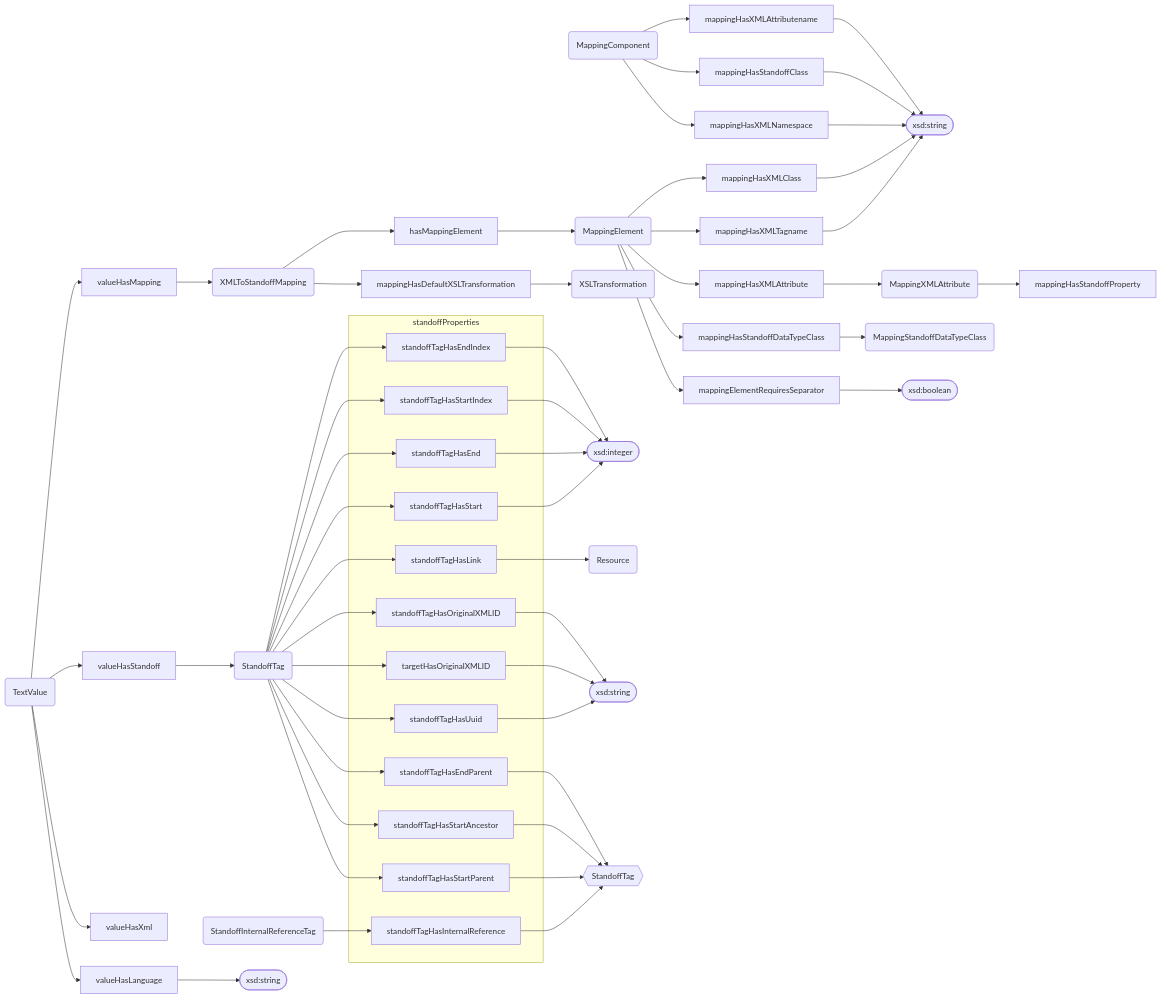
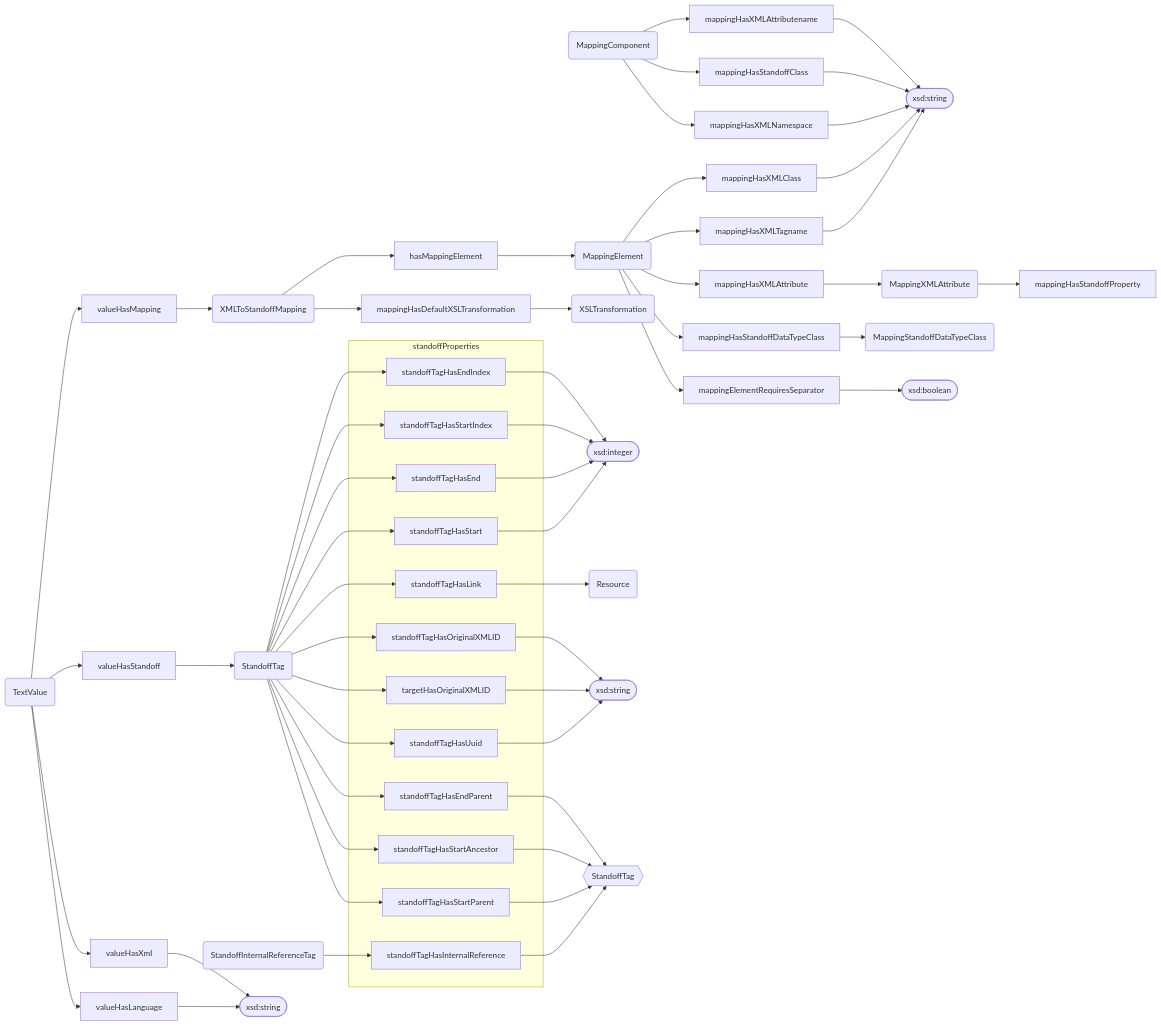
One commit to dasch-swiss/dsp-api changed the seventh of 9 diagrams in docs/05-internals/design/domain/class-and-property-hierarchies.md. Above: the diagram before and after it, drawn with Mermaid. The commit also changed 2 other files, not shown here.

Commit message:
docs: correct the valueHasXml predicate description (DEV-7325)
The stored XML is rendered from the standoff at write time, not the raw
XML submitted by the client. Align the knora-base.ttl rdfs:comment and the
ontology reference doc with that provenance, and give the hierarchy diagram
edge a string sink node.

````diff
--- a/docs/05-internals/design/domain/class-and-property-hierarchies.md
+++ b/docs/05-internals/design/domain/class-and-property-hierarchies.md
@@ -464,67 +464,67 @@
 ```mermaid
 flowchart LR
   %% Classes
   MappingComponent(MappingComponent)
   MappingElement(MappingElement)
   MappingXMLAttribute(MappingXMLAttribute)
   MappingStandoffDataTypeClass(MappingStandoffDataTypeClass)
   TextValue(TextValue)
   XMLToStandoffMapping(XMLToStandoffMapping)
   XSLTransformation(XSLTransformation)
   StandoffTag(StandoffTag)
   StandoffInternalReferenceTag(StandoffInternalReferenceTag)
   Resource(Resource)
 
   %% Duplicates
   _StandoffTag{{StandoffTag}}
 
   %% Values
   string1([xsd:string])
   string2([xsd:string])
   string3([xsd:string])
   boolean1([xsd:boolean])
   integer1([xsd:integer])
 
   %% Relations
   TextValue --> valueHasMapping --> XMLToStandoffMapping
   XMLToStandoffMapping --> hasMappingElement --> MappingElement
   XMLToStandoffMapping --> mappingHasDefaultXSLTransformation --> XSLTransformation
   TextValue --> valueHasStandoff --> StandoffTag
-  TextValue --> valueHasXml
+  TextValue --> valueHasXml --> string3
   subgraph standoffProperties
     standoffTagHasEndIndex
     standoffTagHasStartIndex
     standoffTagHasEnd
     standoffTagHasStart
     standoffTagHasLink
     standoffTagHasOriginalXMLID
     targetHasOriginalXMLID
     standoffTagHasUuid
     standoffTagHasEndParent
     standoffTagHasStartAncestor
     standoffTagHasStartParent
     standoffTagHasInternalReference
   end
   StandoffTag --> standoffTagHasEndIndex --> integer1
   StandoffTag --> standoffTagHasStartIndex --> integer1
   StandoffTag --> standoffTagHasEnd --> integer1
   StandoffTag --> standoffTagHasStart --> integer1
   StandoffTag --> standoffTagHasLink --> Resource
   StandoffTag --> standoffTagHasOriginalXMLID --> string2
   StandoffTag --> targetHasOriginalXMLID --> string2
   StandoffTag --> standoffTagHasUuid --> string2
   StandoffTag --> standoffTagHasEndParent --> _StandoffTag
   StandoffTag --> standoffTagHasStartAncestor --> _StandoffTag
   StandoffTag --> standoffTagHasStartParent --> _StandoffTag
   StandoffInternalReferenceTag --> standoffTagHasInternalReference --> _StandoffTag
   TextValue --> valueHasLanguage --> string3
 
   MappingComponent --> mappingHasXMLAttributename --> string1
   MappingComponent --> mappingHasStandoffClass --> string1
   MappingComponent --> mappingHasXMLNamespace --> string1
   MappingElement --> mappingHasXMLClass --> string1
   MappingElement --> mappingHasXMLTagname --> string1
   MappingElement --> mappingHasXMLAttribute --> MappingXMLAttribute --> mappingHasStandoffProperty
   MappingElement --> mappingHasStandoffDataTypeClass --> MappingStandoffDataTypeClass
   MappingElement --> mappingElementRequiresSeparator --> boolean1
 ```
````
